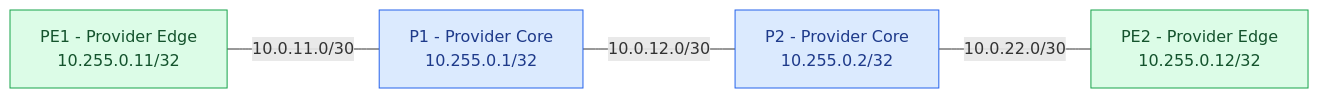
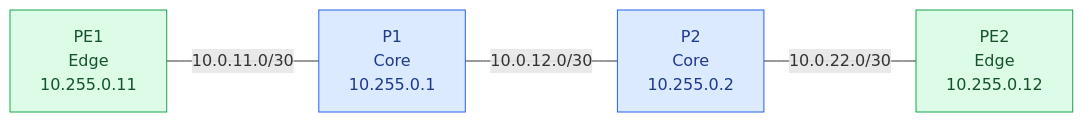
One commit to jr6793108/Network-Engineering-Portfolio changed the diagram in Project-01-Service-Provider-Network/README.md. Above: the diagram before and after it, drawn with Mermaid. The commit also changed other lines of this file, not shown here.

````diff
--- a/Project-01-Service-Provider-Network/README.md
+++ b/Project-01-Service-Provider-Network/README.md
@@ -16,17 +9,16 @@
 ```mermaid
 flowchart LR
-    PE1["PE1 - Provider Edge<br/>10.255.0.11/32"]
-    P1["P1 - Provider Core<br/>10.255.0.1/32"]
-    P2["P2 - Provider Core<br/>10.255.0.2/32"]
-    PE2["PE2 - Provider Edge<br/>10.255.0.12/32"]
+    PE1["PE1<br/>Edge<br/>10.255.0.11"]
+    P1["P1<br/>Core<br/>10.255.0.1"]
+    P2["P2<br/>Core<br/>10.255.0.2"]
+    PE2["PE2<br/>Edge<br/>10.255.0.12"]
 
     PE1 ---|"10.0.11.0/30"| P1
     P1 ---|"10.0.12.0/30"| P2
     P2 ---|"10.0.22.0/30"| PE2
 
-    classDef edge fill:#dcfce7,stroke:#16a34a,color:#14532d;
-    classDef core fill:#dbeafe,stroke:#2563eb,color:#1e3a8a;
-
-    class PE1,PE2 edge;
-    class P1,P2 core;
+    classDef edge fill:#dcfce7,stroke:#16a34a,color:#14532d
+    classDef core fill:#dbeafe,stroke:#2563eb,color:#1e3a8a
+    class PE1,PE2 edge
+    class P1,P2 core
 ```
````
